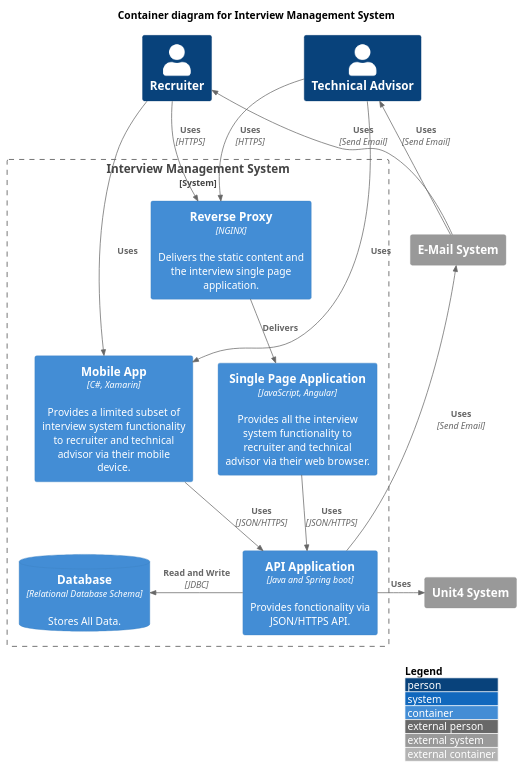
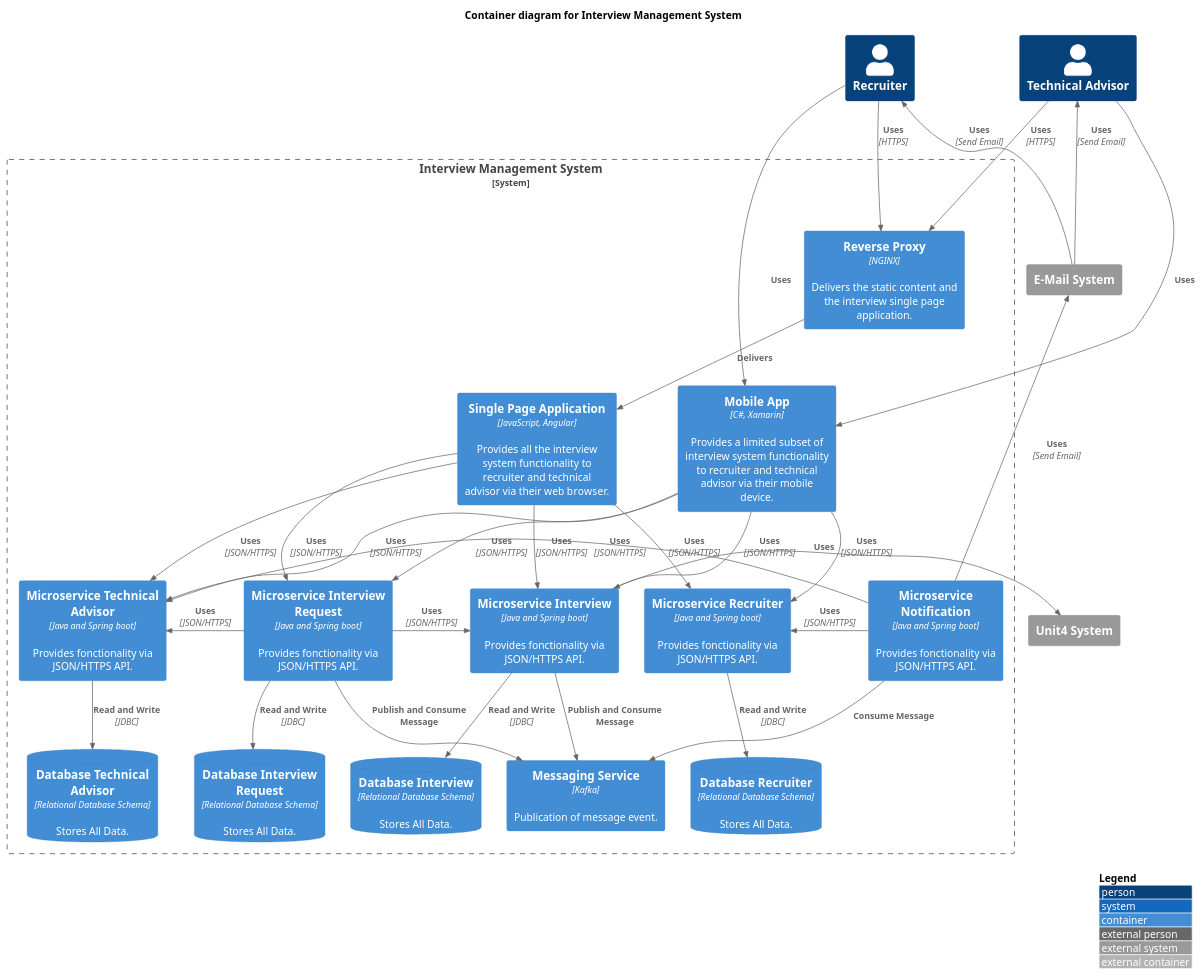
The diagram in documents/1-architecture/2-C4_container_diagram.puml (iBoukhenna/interview-managment-system), drawn with PlantUML before and after one commit. The commit also changed 42 other files, not shown here.

```diff
--- a/documents/1-architecture/2-C4_container_diagram.puml
+++ b/documents/1-architecture/2-C4_container_diagram.puml
@@ -1,51 +1,85 @@
 @startuml
 !include https://raw.githubusercontent.com/plantuml-stdlib/C4-PlantUML/master/C4_Container.puml
 ' uncomment the following line and comment the first to use locally
 ' !include C4_Container.puml
 
 ' LAYOUT_TOP_DOWN()
 ' LAYOUT_AS_SKETCH()
 LAYOUT_WITH_LEGEND()
 
 title Container diagram for Interview Management System
 
 Person(recruiter, "Recruiter")
 Person(technical_advisor, "Technical Advisor")
 
 System_Boundary(c1, "Interview Management System") {
 
     Container(reverse_proxy, "Reverse Proxy", "NGINX", "Delivers the static content and the interview single page application.")
 
     Container(spa, "Single Page Application", "JavaScript, Angular", "Provides all the interview system functionality to recruiter and technical advisor via their web browser.")
 
     Container(mobile_app, "Mobile App", "C#, Xamarin", "Provides a limited subset of interview system functionality to recruiter and technical advisor via their mobile device.")
 
-    Container(backend_api, "API Application", "Java and Spring boot", "Provides fonctionality via JSON/HTTPS API.")
+    Container(backend_api_interview, "Microservice Interview", "Java and Spring boot", "Provides fonctionality via JSON/HTTPS API.")
+    ContainerDb(database_interview, "Database Interview", "Relational Database Schema", "Stores All Data.")
 
-    ContainerDb(database, "Database", "Relational Database Schema", "Stores All Data.")
+    Container(backend_api_interview_request, "Microservice Interview Request", "Java and Spring boot", "Provides fonctionality via JSON/HTTPS API.")
+    ContainerDb(database_interview_request, "Database Interview Request", "Relational Database Schema", "Stores All Data.")
+
+    Container(backend_api_recruiter, "Microservice Recruiter", "Java and Spring boot", "Provides fonctionality via JSON/HTTPS API.")
+    ContainerDb(database_recruiter, "Database Recruiter", "Relational Database Schema", "Stores All Data.")
+
+    Container(backend_api_technical_advisor, "Microservice Technical Advisor", "Java and Spring boot", "Provides fonctionality via JSON/HTTPS API.")
+    ContainerDb(database_technical_advisor, "Database Technical Advisor", "Relational Database Schema", "Stores All Data.")
+
+    Container(backend_api_notification, "Microservice Notification", "Java and Spring boot", "Provides fonctionality via JSON/HTTPS API.")
+
+    Container(message_queue, "Messaging Service", "Kafka", "Publication of message event.")
 }
 
 System_Ext(email_system, "E-Mail System")
 System_Ext(unit4_system, "Unit4 System")
 
 Rel(recruiter, reverse_proxy, "Uses", "HTTPS")
 Rel(technical_advisor, reverse_proxy, "Uses", "HTTPS")
 
 Rel(recruiter, mobile_app, "Uses")
 Rel(technical_advisor, mobile_app, "Uses")
 
 Rel(reverse_proxy, spa, "Delivers")
 
-Rel(spa, backend_api, "Uses", "JSON/HTTPS")
-Rel(mobile_app, backend_api, "Uses", "JSON/HTTPS")
+Rel(spa, backend_api_interview, "Uses", "JSON/HTTPS")
+Rel(mobile_app, backend_api_interview, "Uses", "JSON/HTTPS")
 
-Rel_Back_Neighbor(database, backend_api, "Read and Write", "JDBC")
+Rel(spa, backend_api_interview_request, "Uses", "JSON/HTTPS")
+Rel(mobile_app, backend_api_interview_request, "Uses", "JSON/HTTPS")
+
+Rel(spa, backend_api_recruiter, "Uses", "JSON/HTTPS")
+Rel(mobile_app, backend_api_recruiter, "Uses", "JSON/HTTPS")
+
+Rel(spa, backend_api_technical_advisor, "Uses", "JSON/HTTPS")
+Rel(mobile_app, backend_api_technical_advisor, "Uses", "JSON/HTTPS")
+
+Rel_Neighbor(backend_api_interview_request, backend_api_interview, "Uses", "JSON/HTTPS")
+Rel_Neighbor(backend_api_interview_request, backend_api_technical_advisor, "Uses", "JSON/HTTPS")
+Rel_Neighbor(backend_api_notification, backend_api_recruiter, "Uses", "JSON/HTTPS")
+Rel_Neighbor(backend_api_notification, backend_api_technical_advisor, "Uses", "JSON/HTTPS")
+
+Rel(backend_api_interview, database_interview, "Read and Write", "JDBC")
+Rel(backend_api_interview_request, database_interview_request, "Read and Write", "JDBC")
+Rel(backend_api_technical_advisor, database_technical_advisor, "Read and Write", "JDBC")
+Rel(backend_api_recruiter, database_recruiter, "Read and Write", "JDBC")
+
+Rel(backend_api_interview, message_queue, "Publish and Consume Message")
+Rel(backend_api_interview_request, message_queue, "Publish and Consume Message")
+Rel(backend_api_notification, message_queue, "Consume Message")
+
 
 Rel_Back(recruiter, email_system, "Uses", "Send Email")
 Rel_Back(technical_advisor, email_system, "Uses", "Send Email")
 
-Rel_Back(email_system, backend_api, "Uses", "Send Email")
-Rel_Neighbor(backend_api, unit4_system, "Uses")
+Rel_Back(email_system, backend_api_notification, "Uses", "Send Email")
+Rel_Neighbor(backend_api_interview, unit4_system, "Uses")
 
 
 @enduml
```
